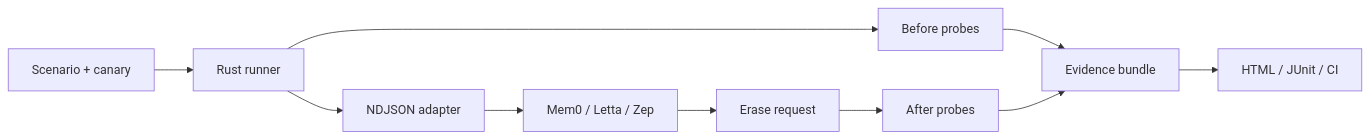
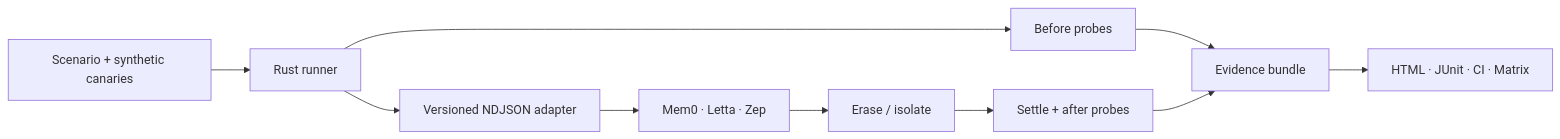
Before and after one commit to Hughhhhcoder/ForgetProof: the diagram in README.md, drawn with Mermaid. The commit also changed other lines of this file and 119 other files, not shown here.

````diff
--- a/README.md
+++ b/README.md
@@ -58,12 +54,12 @@
 ```mermaid
 flowchart LR
-    A["Scenario + canary"] --> B["Rust runner"]
-    B --> C["NDJSON adapter"]
-    C --> D["Mem0 / Letta / Zep"]
+    A["Scenario + synthetic canaries"] --> B["Rust runner"]
+    B --> C["Versioned NDJSON adapter"]
+    C --> D["Mem0 · Letta · Zep"]
     B --> E["Before probes"]
-    D --> F["Erase request"]
-    F --> G["After probes"]
+    D --> F["Erase / isolate"]
+    F --> G["Settle + after probes"]
     E --> H["Evidence bundle"]
     G --> H
-    H --> I["HTML / JUnit / CI"]
+    H --> I["HTML · JUnit · CI · Matrix"]
 ```
````
